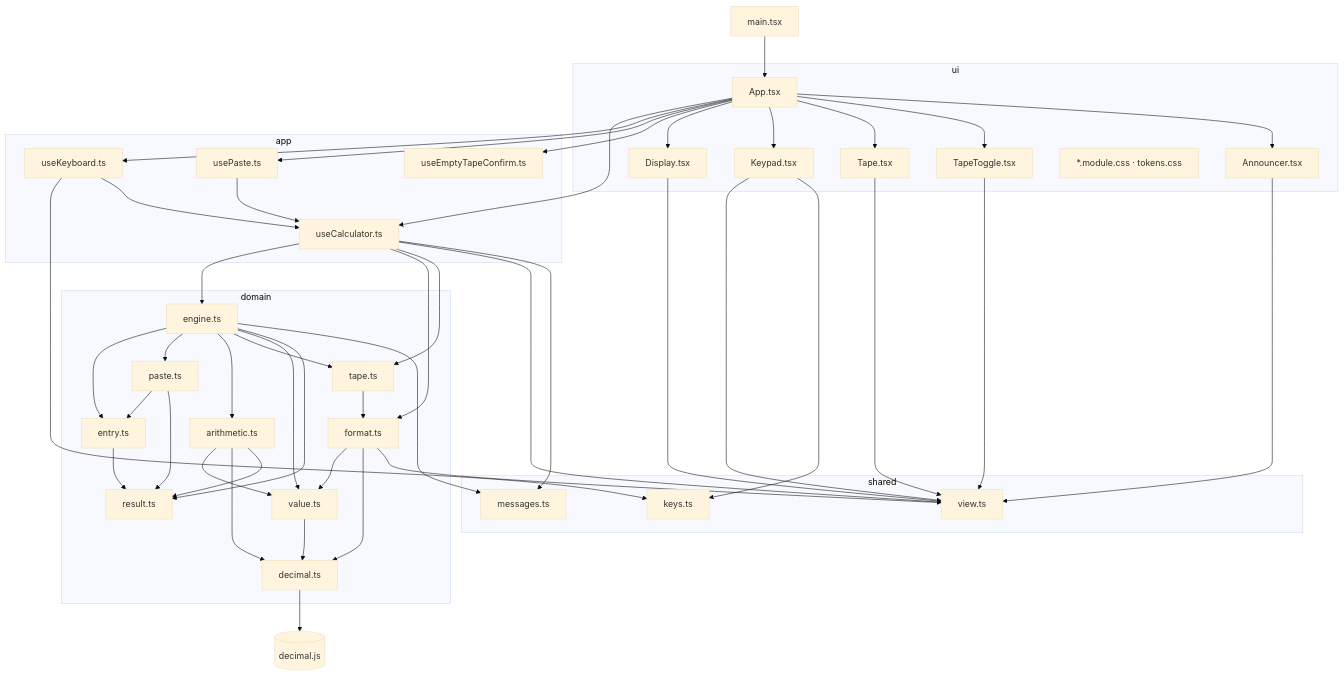
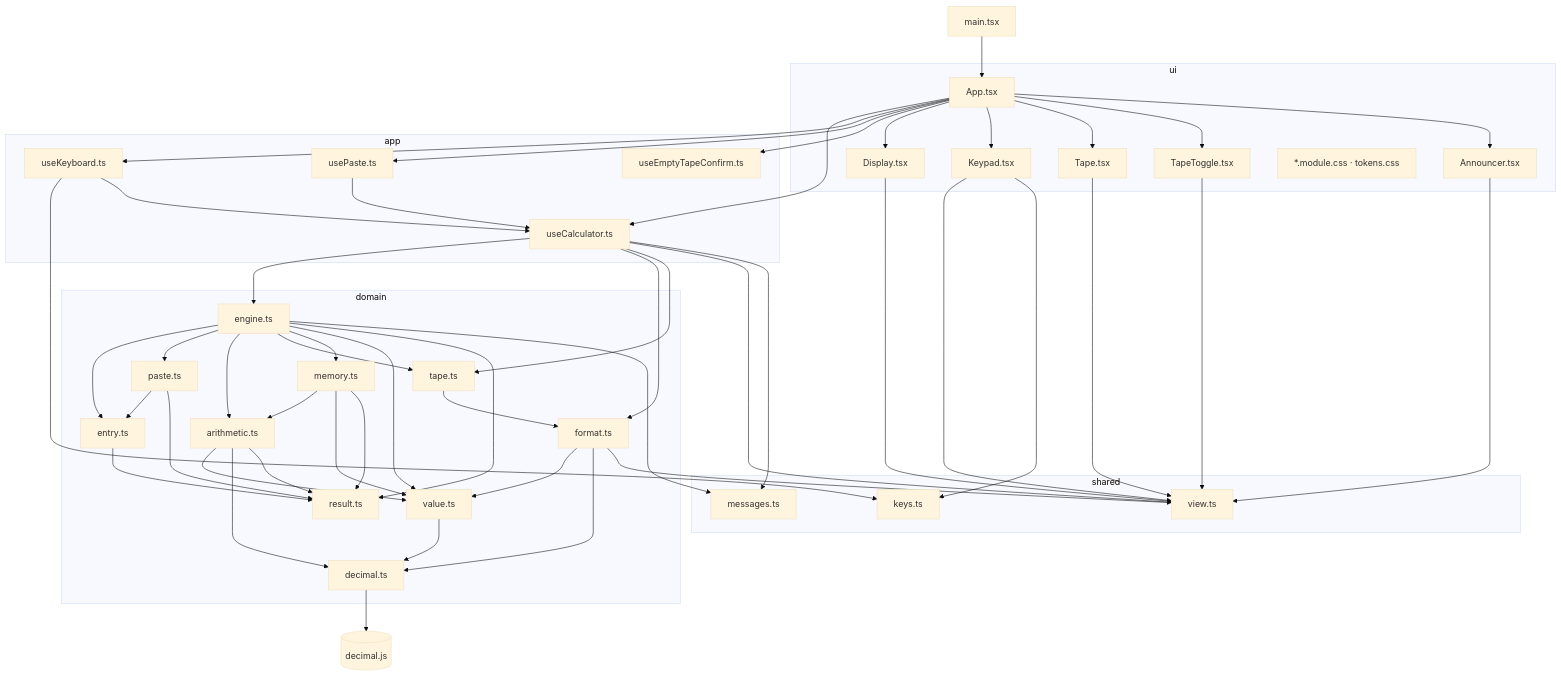
Before and after one commit to hassan-product/hassa-chaudry-calculator: the second of 3 diagrams in docs/architecture.md, drawn with Mermaid (base theme). The commit also changed other lines of this file, not shown here.

First line of the commit message:
Place memory in the domain and the state diagram

````diff
--- a/docs/architecture.md
+++ b/docs/architecture.md
@@ -84,65 +84,67 @@
 ```mermaid
 flowchart TB
     main["main.tsx"]
 
     subgraph ui["ui"]
         App["App.tsx"]
         Display["Display.tsx"]
         Keypad["Keypad.tsx"]
         Tape["Tape.tsx"]
         TapeToggle["TapeToggle.tsx"]
         Announcer["Announcer.tsx"]
         css["*.module.css · tokens.css"]
     end
 
     subgraph app["app"]
         useCalculator["useCalculator.ts"]
         useKeyboard["useKeyboard.ts"]
         usePaste["usePaste.ts"]
         useEmptyTape["useEmptyTapeConfirm.ts"]
     end
 
     subgraph domain["domain"]
         engine["engine.ts"]
         entry["entry.ts"]
         paste["paste.ts"]
         arithmetic["arithmetic.ts"]
         format["format.ts"]
         tape["tape.ts"]
+        memory["memory.ts"]
         value["value.ts"]
         result["result.ts"]
         decimal["decimal.ts"]
     end
 
     subgraph shared["shared"]
         messages["messages.ts"]
         view["view.ts"]
         keys["keys.ts"]
     end
 
     decimaljs[("decimal.js")]
 
     main --> App
     App --> useCalculator & useKeyboard & usePaste & useEmptyTape
     App --> Display & Keypad & Tape & TapeToggle & Announcer
     Display & Keypad & Tape & TapeToggle & Announcer --> view
     Keypad --> keys
 
     useCalculator --> engine & format & tape
     useKeyboard --> keys
     usePaste --> useCalculator
     useKeyboard --> useCalculator
     useCalculator --> view & messages
 
-    engine --> entry & paste & arithmetic & tape & value & result
+    engine --> entry & paste & arithmetic & tape & memory & value & result
+    memory --> arithmetic & value & result
     paste --> entry
     arithmetic --> value & decimal & result
     format --> value & decimal
     tape --> format
     value --> decimal
     entry --> result
     paste --> result
     decimal --> decimaljs
     engine --> messages
     format --> view
 ```
````
